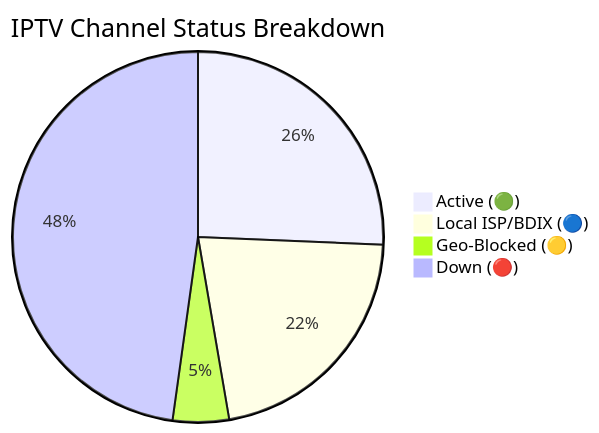
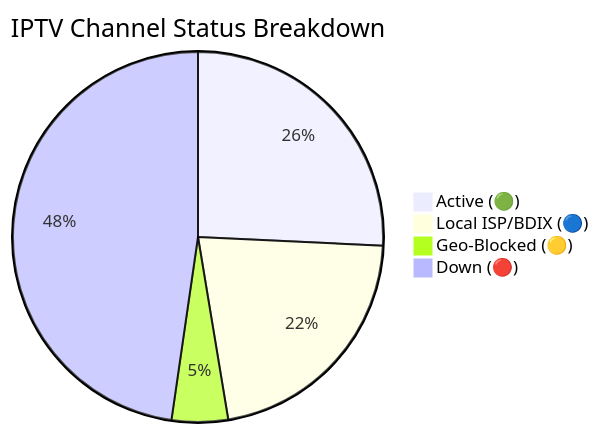
The diagram in README.md (Zaman-Topu/Ip-tv-Collection), drawn with Mermaid before and after one commit. The commit also changed other lines of this file and 3 other files, not shown here.

````diff
--- a/README.md
+++ b/README.md
@@ -118,7 +118,7 @@
 ```mermaid
 pie title IPTV Channel Status Breakdown
-    "Active (🟢)" : 10631
+    "Active (🟢)" : 10667
     "Local ISP/BDIX (🔵)" : 8962
-    "Geo-Blocked (🟡)" : 2030
-    "Down (🔴)" : 19800
+    "Geo-Blocked (🟡)" : 2034
+    "Down (🔴)" : 19762
 ```
````
